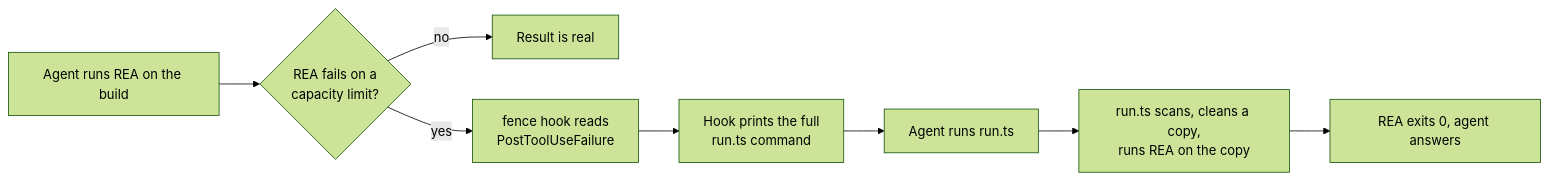
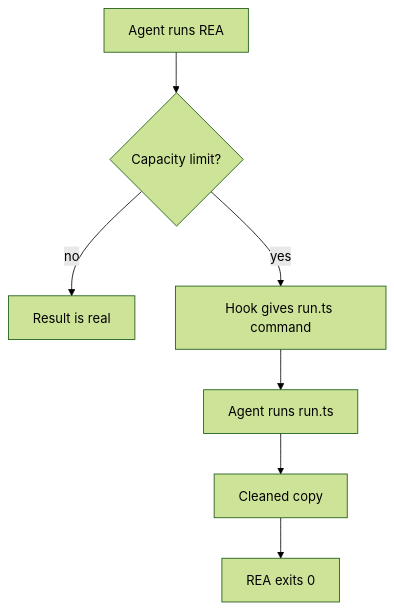
The diagram in README.md (i098/ReClarity), drawn with Mermaid (forest theme) before and after one commit. The commit also changed other lines of this file, not shown here.

Commit message:
docs: auto-trigger section is video and diagram only
Replace the auto-trigger text with its video and one flow diagram. Remove the duplicate recording section and the side-by-side paragraph. Facts stay in docs/auto-trigger.md and docs/e2e-recording.md.

````diff
--- a/README.md
+++ b/README.md
@@ -38,10 +36,9 @@
 ```mermaid
-flowchart LR
-    A[Agent runs REA on the build] --> B{REA fails on a<br/>capacity limit?}
+flowchart TD
+    A[Agent runs REA] --> B{Capacity limit?}
     B -- no --> Z[Result is real]
-    B -- yes --> C[fence hook reads<br/>PostToolUseFailure]
-    C --> D[Hook prints the full<br/>run.ts command]
-    D --> E[Agent runs run.ts]
-    E --> F[run.ts scans, cleans a copy,<br/>runs REA on the copy]
-    F --> G[REA exits 0, agent answers]
+    B -- yes --> C[Hook gives run.ts command]
+    C --> D[Agent runs run.ts]
+    D --> E[Cleaned copy]
+    E --> F[REA exits 0]
 ```
````
